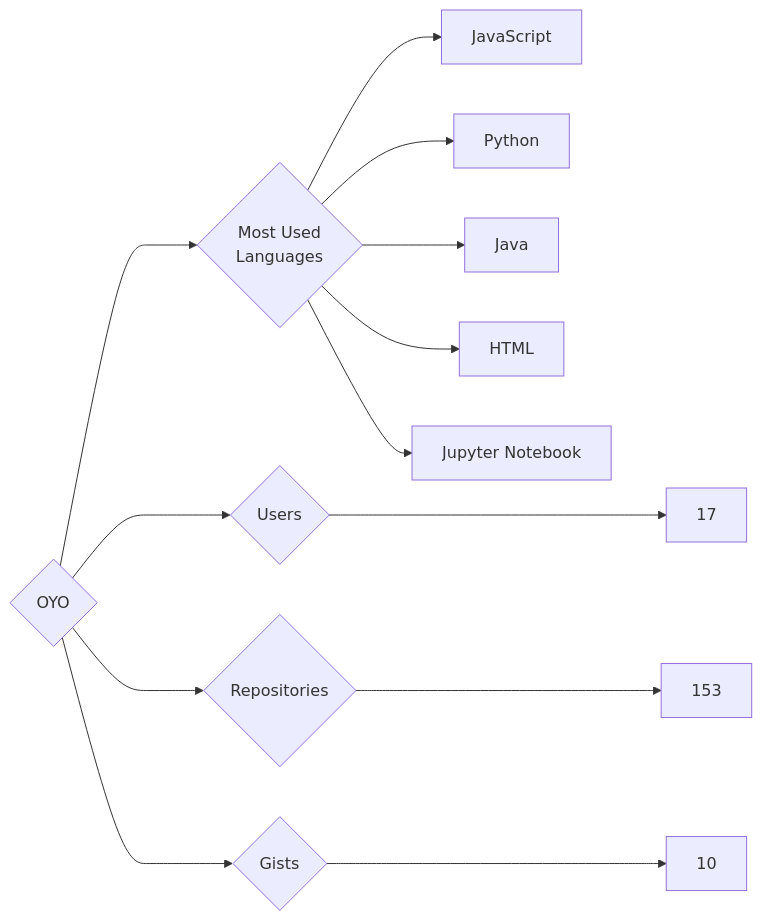
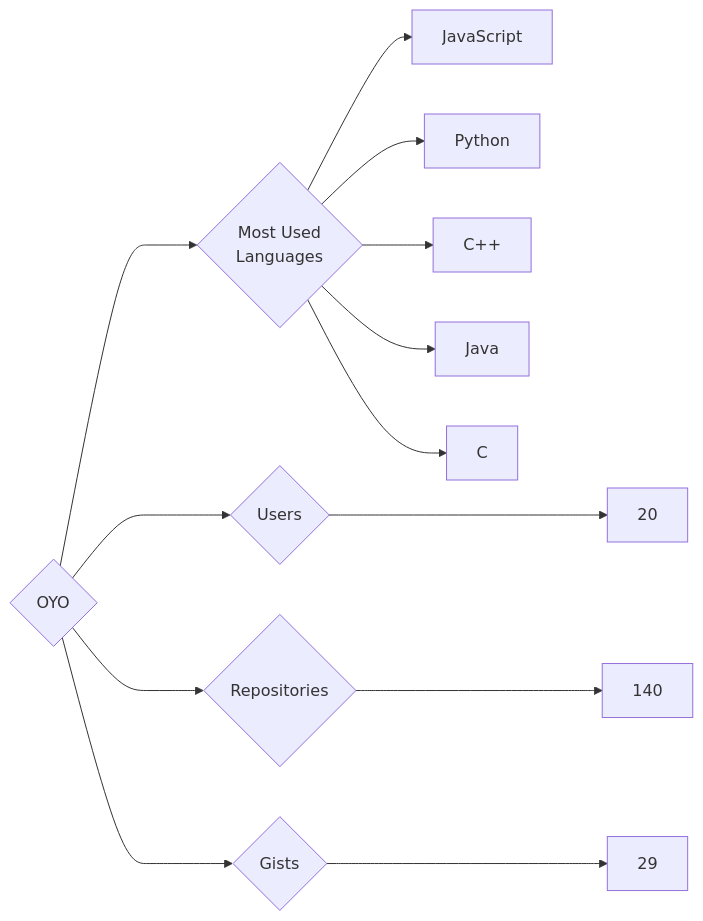
The diagram in targets/OYO/README.md (trickest/insiders), drawn with Mermaid before and after one commit. The commit also changed 965 other files, not shown here.

````diff
--- a/targets/OYO/README.md
+++ b/targets/OYO/README.md
@@ -3,13 +3,13 @@
 ```mermaid
 graph LR
 COMPANY_NAME{OYO}
-COMPANY_NAME ---> U{Users} ---> UN[17]
-COMPANY_NAME ---> R{Repositories} ---> RN[153]
-COMPANY_NAME ---> G{Gists} ---> GN[10]
+COMPANY_NAME ---> U{Users} ---> UN[20]
+COMPANY_NAME ---> R{Repositories} ---> RN[140]
+COMPANY_NAME ---> G{Gists} ---> GN[29]
 COMPANY_NAME ---> ML{Most Used<br>Languages}
 ML --> JavaScript[JavaScript]
 ML --> Python[Python]
+ML --> C++[C++]
 ML --> Java[Java]
-ML --> HTML[HTML]
-ML --> Jupyter_Notebook[Jupyter Notebook]
+ML --> C[C]
 ```
````
